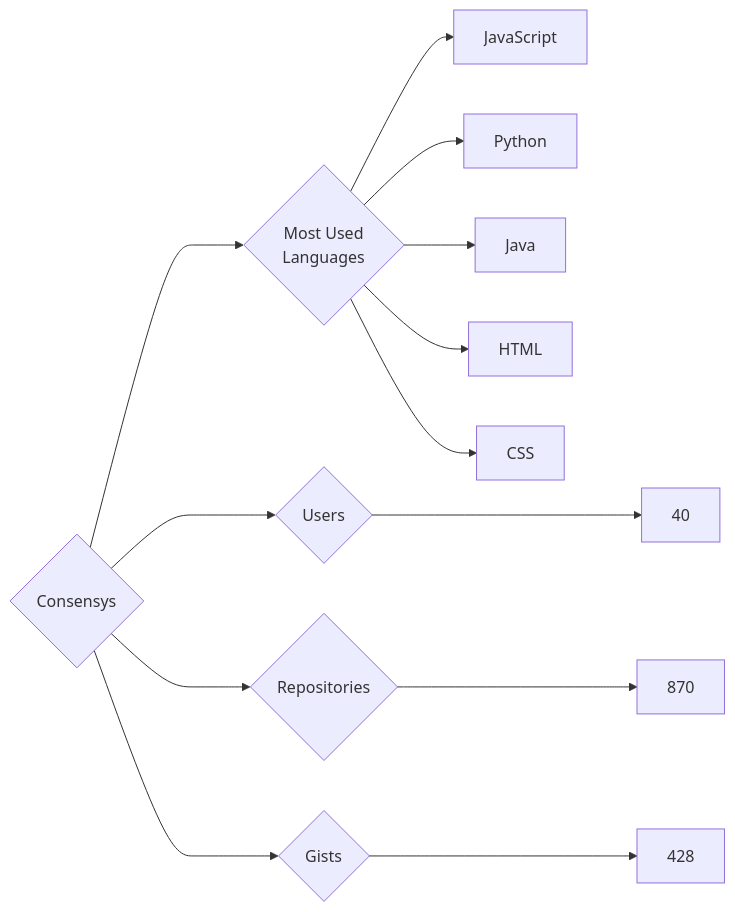
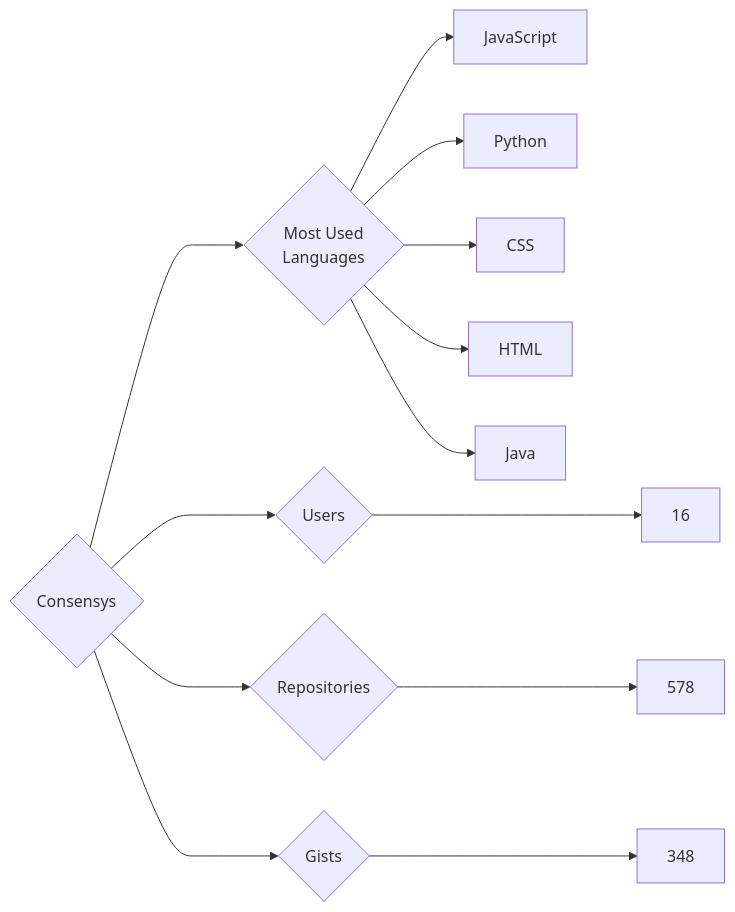
The diagram in targets/Consensys/README.md (trickest/insiders), drawn with Mermaid before and after one commit. The commit also changed 891 other files, not shown here.

````diff
--- a/targets/Consensys/README.md
+++ b/targets/Consensys/README.md
@@ -3,13 +3,13 @@
 ```mermaid
 graph LR
 COMPANY_NAME{Consensys}
-COMPANY_NAME ---> U{Users} ---> UN[40]
-COMPANY_NAME ---> R{Repositories} ---> RN[870]
-COMPANY_NAME ---> G{Gists} ---> GN[428]
+COMPANY_NAME ---> U{Users} ---> UN[16]
+COMPANY_NAME ---> R{Repositories} ---> RN[578]
+COMPANY_NAME ---> G{Gists} ---> GN[348]
 COMPANY_NAME ---> ML{Most Used<br>Languages}
 ML --> JavaScript[JavaScript]
 ML --> Python[Python]
+ML --> CSS[CSS]
+ML --> HTML[HTML]
 ML --> Java[Java]
-ML --> HTML[HTML]
-ML --> CSS[CSS]
 ```
````
